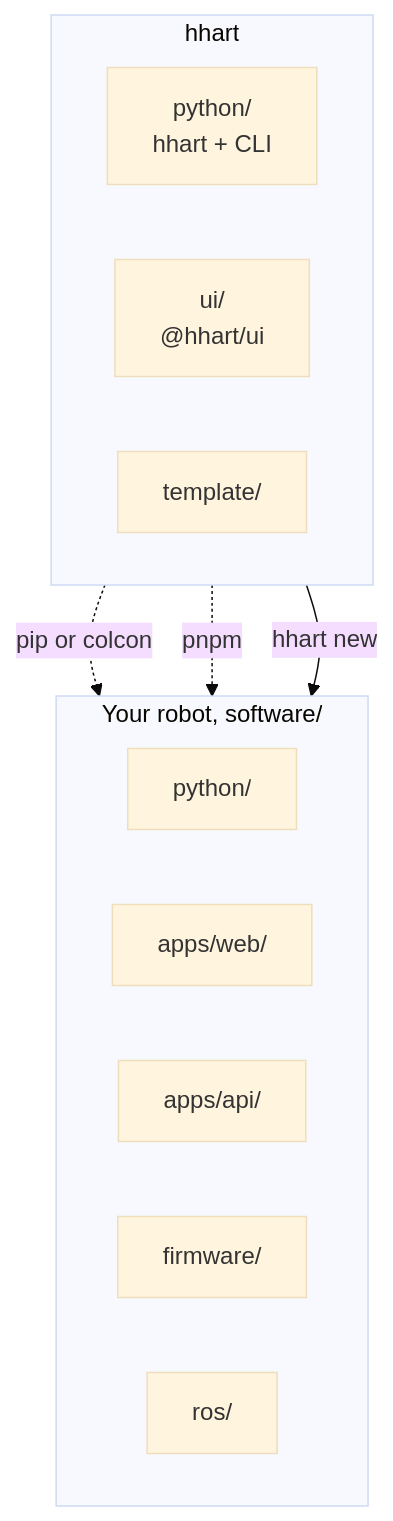
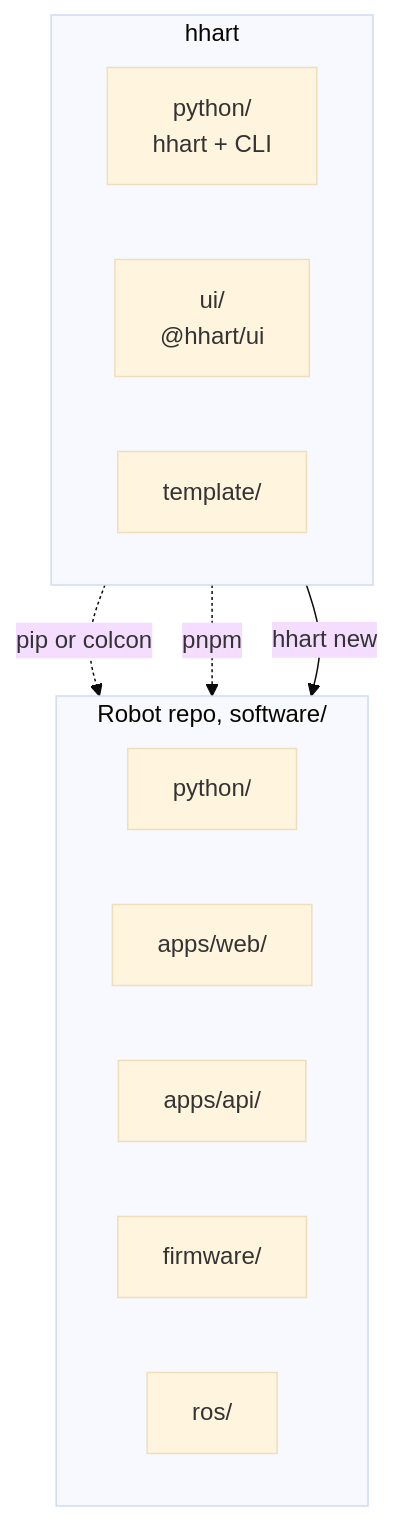
The second of 2 diagrams in README.md (HHART-Robotics/HHART), drawn with Mermaid (base theme) before and after one commit. The commit also changed 1 other file, not shown here.

Commit message:
docs(repo): plain wording for adapting the template

````diff
--- a/README.md
+++ b/README.md
@@ -59,20 +59,20 @@
 ```mermaid
 flowchart TB
   subgraph repo["hhart"]
     direction LR
     py["python/<br/>hhart + CLI"]
     uikit["ui/<br/>@hhart/ui"]
     tpl["template/"]
   end
-  subgraph robot["Your robot, software/"]
+  subgraph robot["Robot repo, software/"]
     direction LR
     rpy["python/"]
     rweb["apps/web/"]
     rapi["apps/api/"]
     rfw["firmware/"]
     rros["ros/"]
   end
   py -.->|pip or colcon| rpy
   uikit -.->|pnpm| rweb
   tpl -->|hhart new| robot
 ```
````
